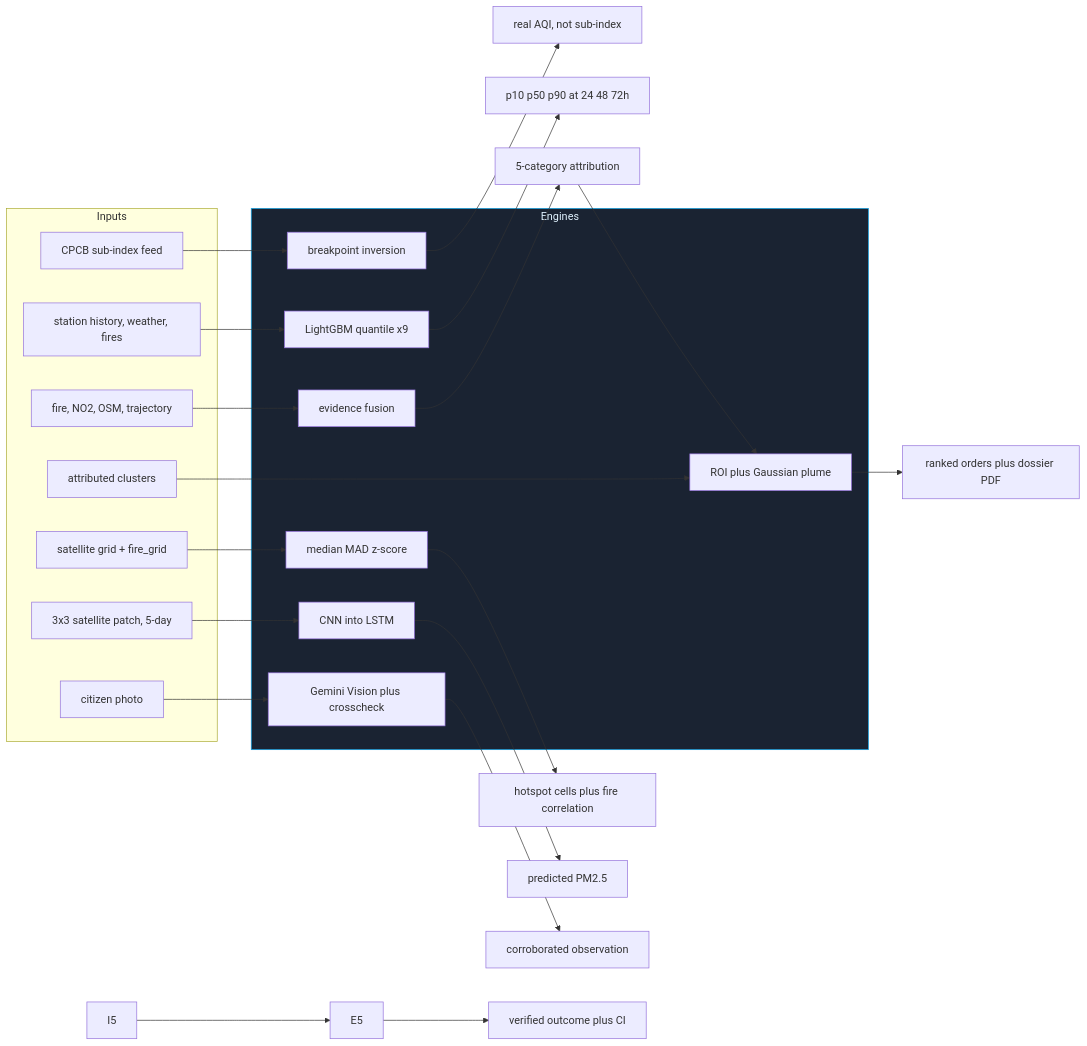
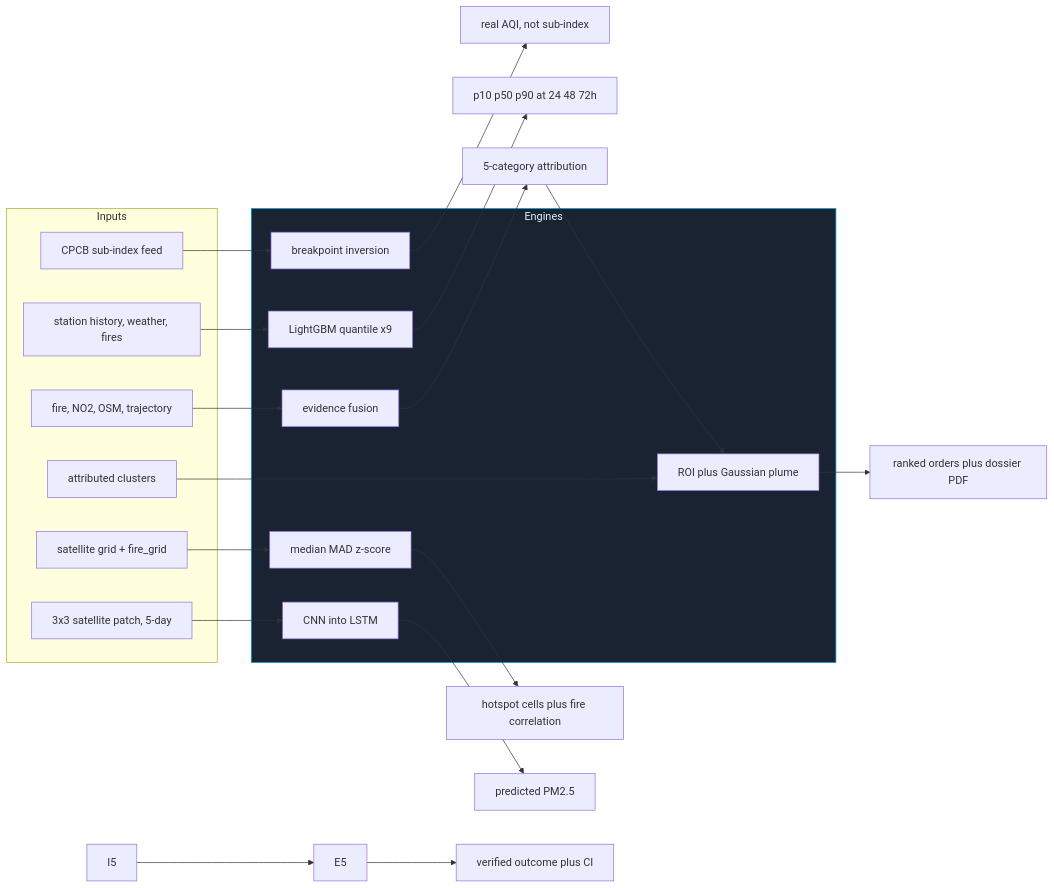
The third of 4 diagrams in README.md (ashoka0402/final_year_project), drawn with Mermaid before and after one commit. The commit also changed other lines of this file, not shown here.

````diff
--- a/README.md
+++ b/README.md
@@ -246,32 +242,29 @@
 ```mermaid
 flowchart LR
     subgraph inputs["Inputs"]
         I1["CPCB sub-index feed"]
         I2["station history, weather, fires"]
         I3["fire, NO2, OSM, trajectory"]
         I4["attributed clusters"]
         I6["satellite grid + fire_grid"]
         I7["3x3 satellite patch, 5-day"]
-        I8["citizen photo"]
     end
     subgraph engines["Engines"]
         E1["breakpoint inversion"]
         E2["LightGBM quantile x9"]
         E3["evidence fusion"]
         E4["ROI plus Gaussian plume"]
         E6["median MAD z-score"]
         E7["CNN into LSTM"]
-        E8["Gemini Vision plus crosscheck"]
     end
     I1 --> E1 --> O1["real AQI, not sub-index"]
     I2 --> E2 --> O2["p10 p50 p90 at 24 48 72h"]
     I3 --> E3 --> O3["5-category attribution"]
     O3 --> E4
     I4 --> E4 --> O4["ranked orders plus dossier PDF"]
     I5 --> E5 --> O5["verified outcome plus CI"]
     I6 --> E6 --> O6["hotspot cells plus fire correlation"]
     I7 --> E7 --> O7["predicted PM2.5"]
-    I8 --> E8 --> O8["corroborated observation"]
 
     style engines fill:#1a2332,stroke:#0ea5e9,color:#e0f2fe
 ```
````
